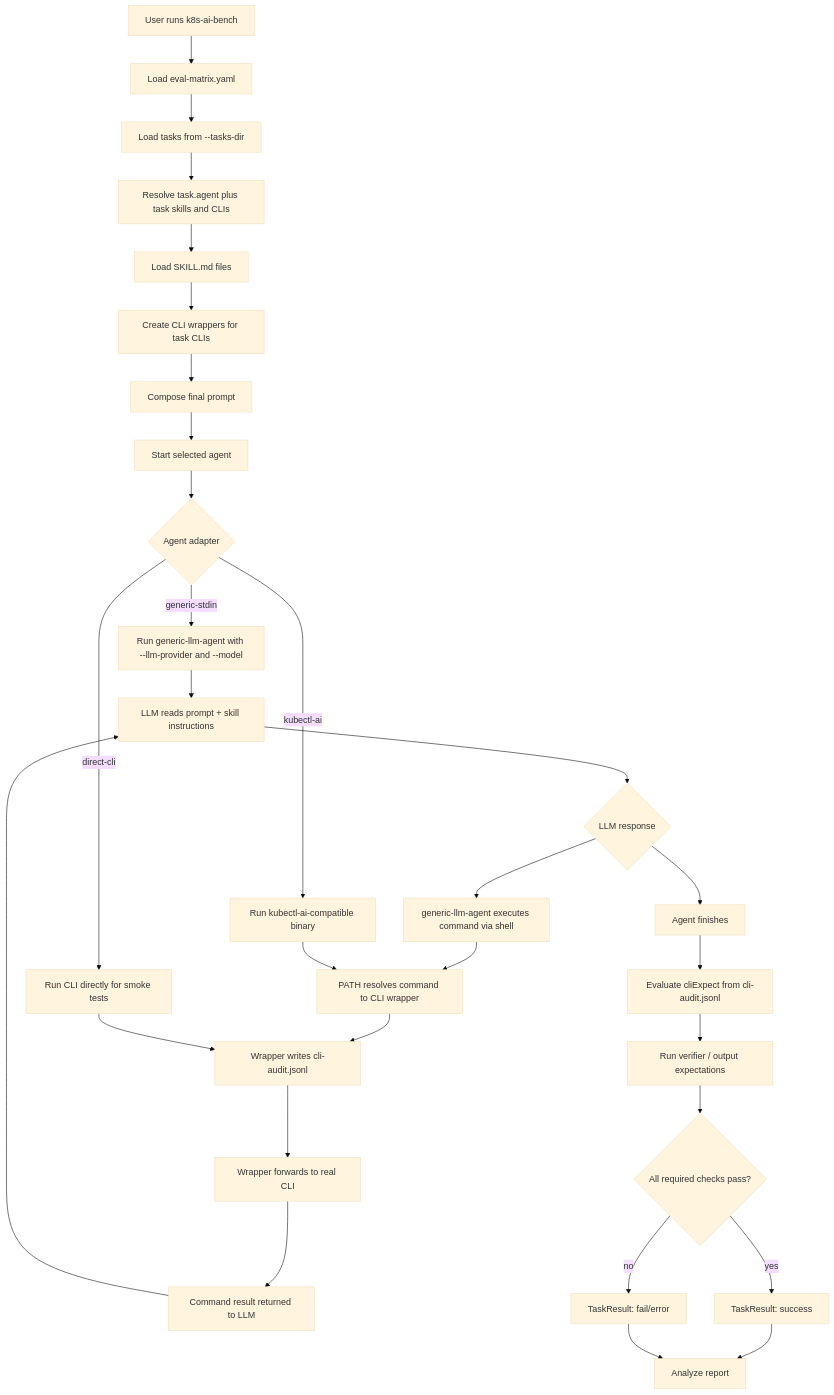
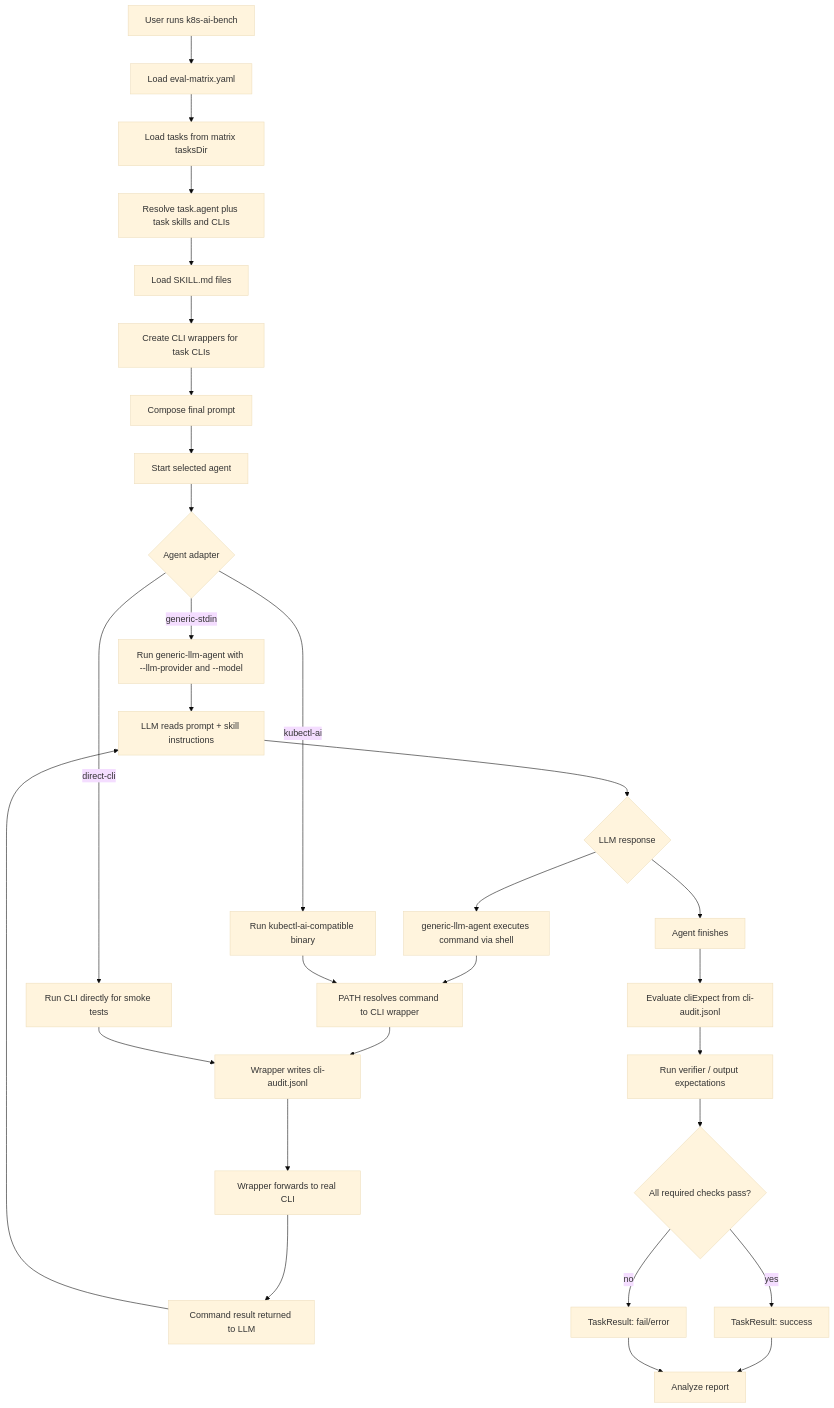
One commit to Phil-OSophy-42/k8s-ai-bench changed the diagram in docs/agent-skill-cli-matrix.md. Above: the diagram before and after it, drawn with Mermaid (base theme). The commit also changed other lines of this file and 8 other files, not shown here.

````diff
--- a/docs/agent-skill-cli-matrix.md
+++ b/docs/agent-skill-cli-matrix.md
@@ -247,36 +252,36 @@
 ```mermaid
 flowchart TD
     A["User runs k8s-ai-bench"] --> B["Load eval-matrix.yaml"]
-    B --> C["Load tasks from --tasks-dir"]
+    B --> C["Load tasks from matrix tasksDir"]
     C --> D["Resolve task.agent plus task skills and CLIs"]
     D --> E["Load SKILL.md files"]
     E --> F["Create CLI wrappers for task CLIs"]
     F --> G["Compose final prompt"]
     G --> H["Start selected agent"]
 
     H --> I{"Agent adapter"}
     I -->|"generic-stdin"| J["Run generic-llm-agent with --llm-provider and --model"]
     I -->|"kubectl-ai"| K["Run kubectl-ai-compatible binary"]
     I -->|"direct-cli"| L["Run CLI directly for smoke tests"]
 
     J --> M["LLM reads prompt + skill instructions"]
     M --> N{"LLM response"}
     N -->|"<command>"| O["generic-llm-agent executes command via shell"]
     O --> P["PATH resolves command to CLI wrapper"]
     P --> Q["Wrapper writes cli-audit.jsonl"]
     Q --> R["Wrapper forwards to real CLI"]
     R --> S["Command result returned to LLM"]
     S --> M
     N -->|"<final>"| T["Agent finishes"]
 
     K --> P
     L --> Q
 
     T --> U["Evaluate cliExpect from cli-audit.jsonl"]
     U --> V["Run verifier / output expectations"]
     V --> W{"All required checks pass?"}
     W -->|"yes"| X["TaskResult: success"]
     W -->|"no"| Y["TaskResult: fail/error"]
     X --> Z["Analyze report"]
     Y --> Z
 ```
````
